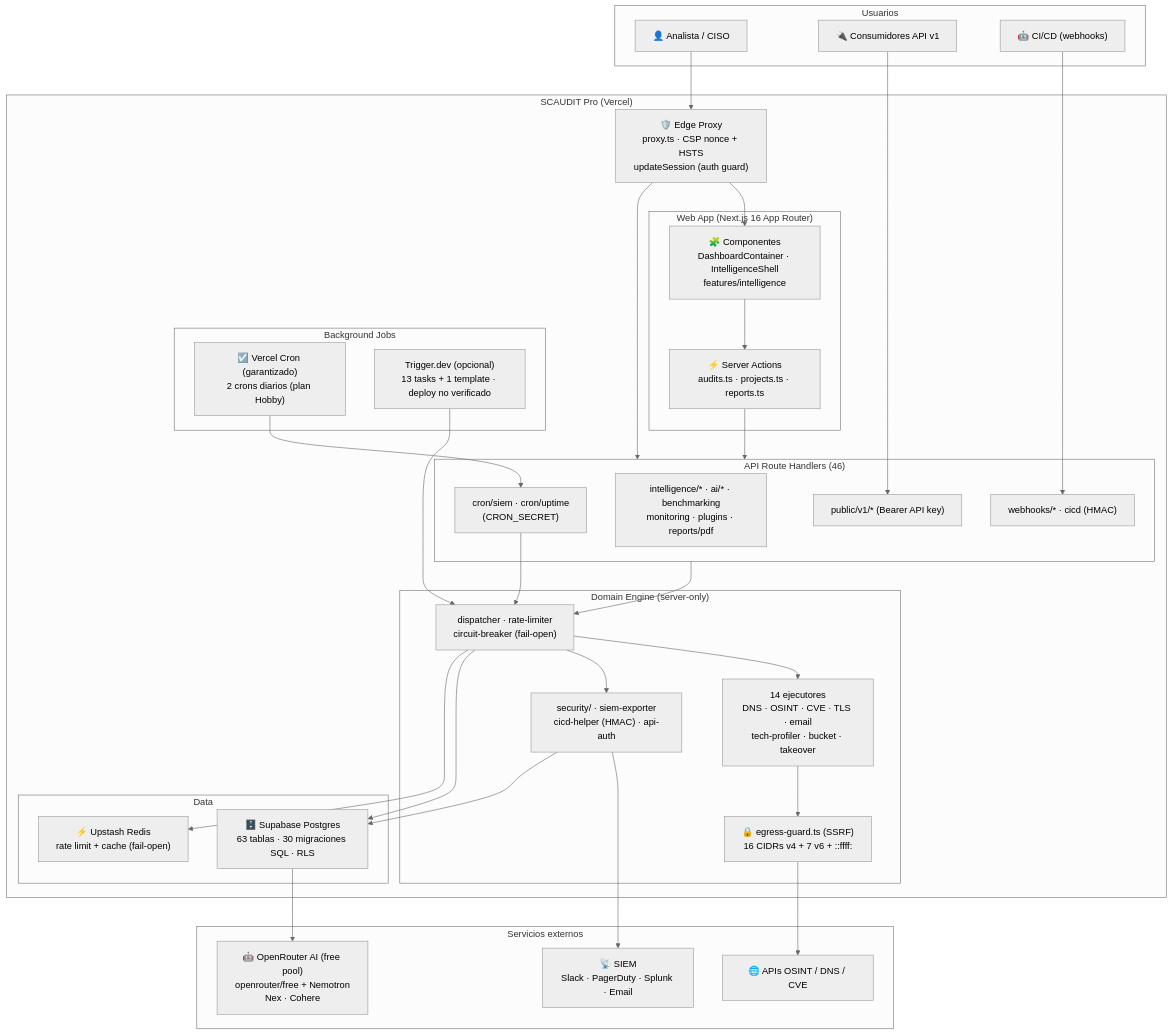
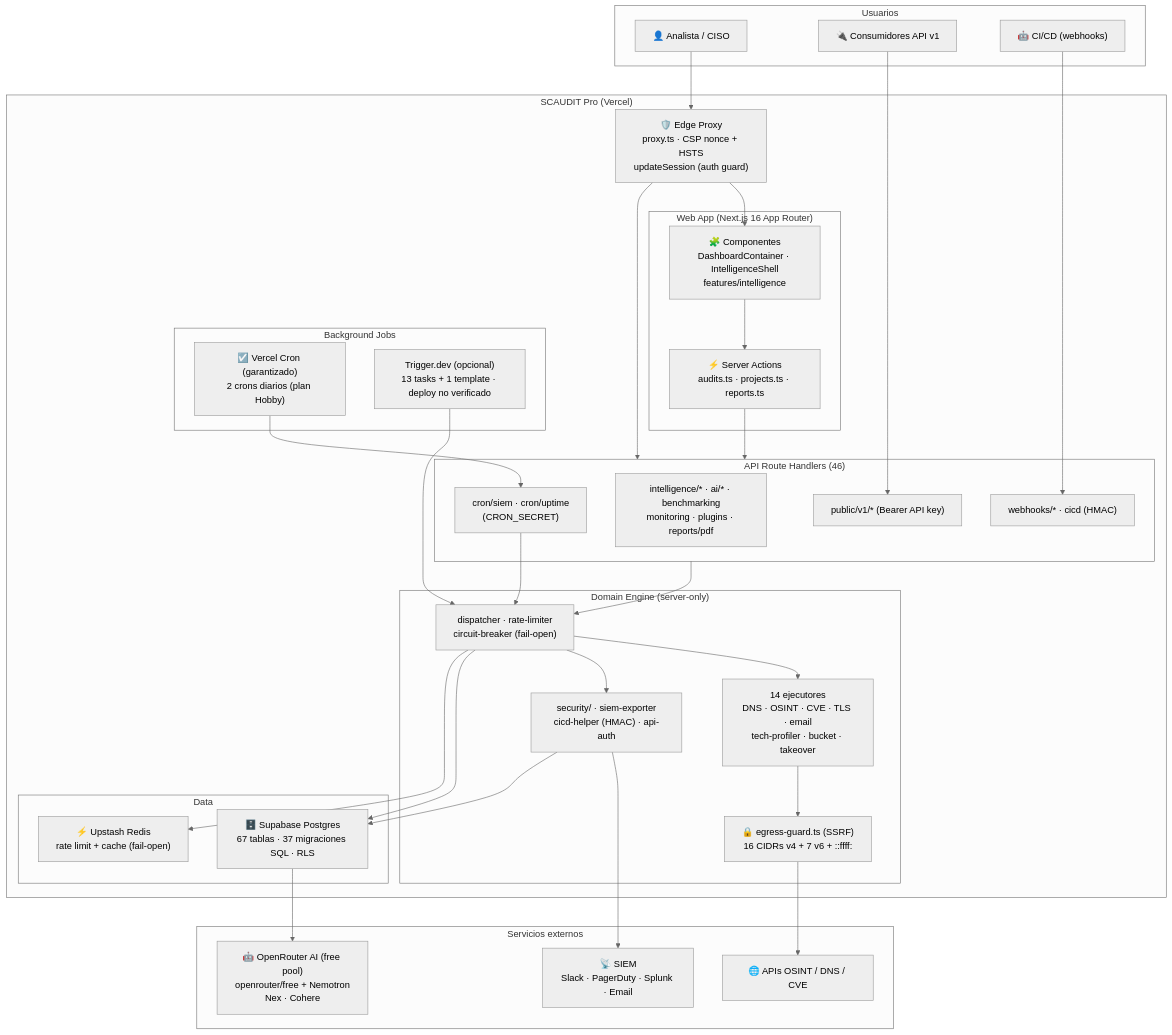
The first of 14 diagrams in README.md (StrategicConnex/StrategicConnexAudit), drawn with Mermaid (neutral theme) before and after one commit. The commit also changed other lines of this file and 96 other files, not shown here.

````diff
--- a/README.md
+++ b/README.md
@@ -213,68 +213,68 @@
 ```mermaid
 flowchart TB
     subgraph PERSONAS["Usuarios"]
         P1["👤 Analista / CISO"]
         P2["🔌 Consumidores API v1"]
         P3["🤖 CI/CD (webhooks)"]
     end
 
     subgraph SCAUDIT["SCAUDIT Pro (Vercel)"]
         EDGE["🛡️ Edge Proxy<br/>proxy.ts · CSP nonce + HSTS<br/>updateSession (auth guard)"]
 
         subgraph WEB["Web App (Next.js 16 App Router)"]
             UI["🧩 Componentes<br/>DashboardContainer · IntelligenceShell<br/>features/intelligence"]
             ACT["⚡ Server Actions<br/>audits.ts · projects.ts · reports.ts"]
         end
 
         subgraph API["API Route Handlers (46)"]
             API_IT["intelligence/* · ai/* · benchmarking<br/>monitoring · plugins · reports/pdf"]
             API_PUB["public/v1/* (Bearer API key)"]
             API_WEB["webhooks/* · cicd (HMAC)"]
             API_CRON["cron/siem · cron/uptime<br/>(CRON_SECRET)"]
         end
 
         subgraph DOMAIN["Domain Engine (server-only)"]
             CORE["dispatcher · rate-limiter<br/>circuit-breaker (fail-open)"]
             EXEC["14 ejecutores<br/>DNS · OSINT · CVE · TLS · email<br/>tech-profiler · bucket · takeover"]
             EG["🔒 egress-guard.ts (SSRF)<br/>16 CIDRs v4 + 7 v6 + ::ffff:"]
             SEC["security/ · siem-exporter<br/>cicd-helper (HMAC) · api-auth"]
         end
 
         subgraph JOBS["Background Jobs"]
             VC["☑️ Vercel Cron (garantizado)<br/>2 crons diarios (plan Hobby)"]
             TD["Trigger.dev (opcional)<br/>13 tasks + 1 template · deploy no verificado"]
         end
 
         subgraph DATA["Data"]
-            DB["🗄️ Supabase Postgres<br/>63 tablas · 30 migraciones SQL · RLS"]
+            DB["🗄️ Supabase Postgres<br/>67 tablas · 37 migraciones SQL · RLS"]
             REDIS["⚡ Upstash Redis<br/>rate limit + cache (fail-open)"]
         end
     end
 
     subgraph EXT["Servicios externos"]
         AI["🤖 OpenRouter AI (free pool)<br/>openrouter/free + Nemotron<br/>Nex · Cohere"]
         SIEM["📡 SIEM<br/>Slack · PagerDuty · Splunk · Email"]
         OSINT["🌐 APIs OSINT / DNS / CVE"]
     end
 
     P1 --> EDGE
     P2 --> API_PUB
     P3 --> API_WEB
     EDGE --> UI
     EDGE --> API
     UI --> ACT
     ACT --> API
     API --> CORE
     CORE --> EXEC
     EXEC --> EG
     EG --> OSINT
     CORE --> SEC
     SEC --> SIEM
     VC --> API_CRON
     API_CRON --> CORE
     TD --> CORE
     CORE --> DB
     CORE --> REDIS
     DB --> AI
     SEC --> DB
 ```
````
